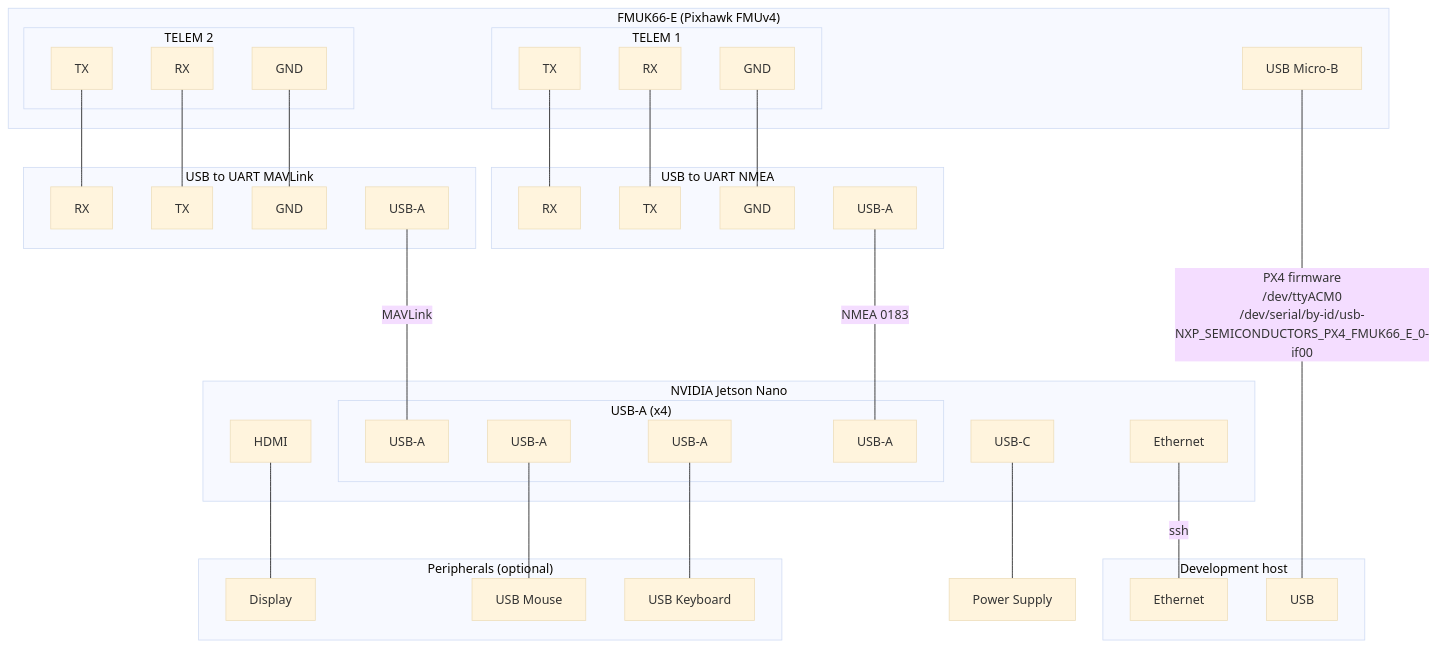
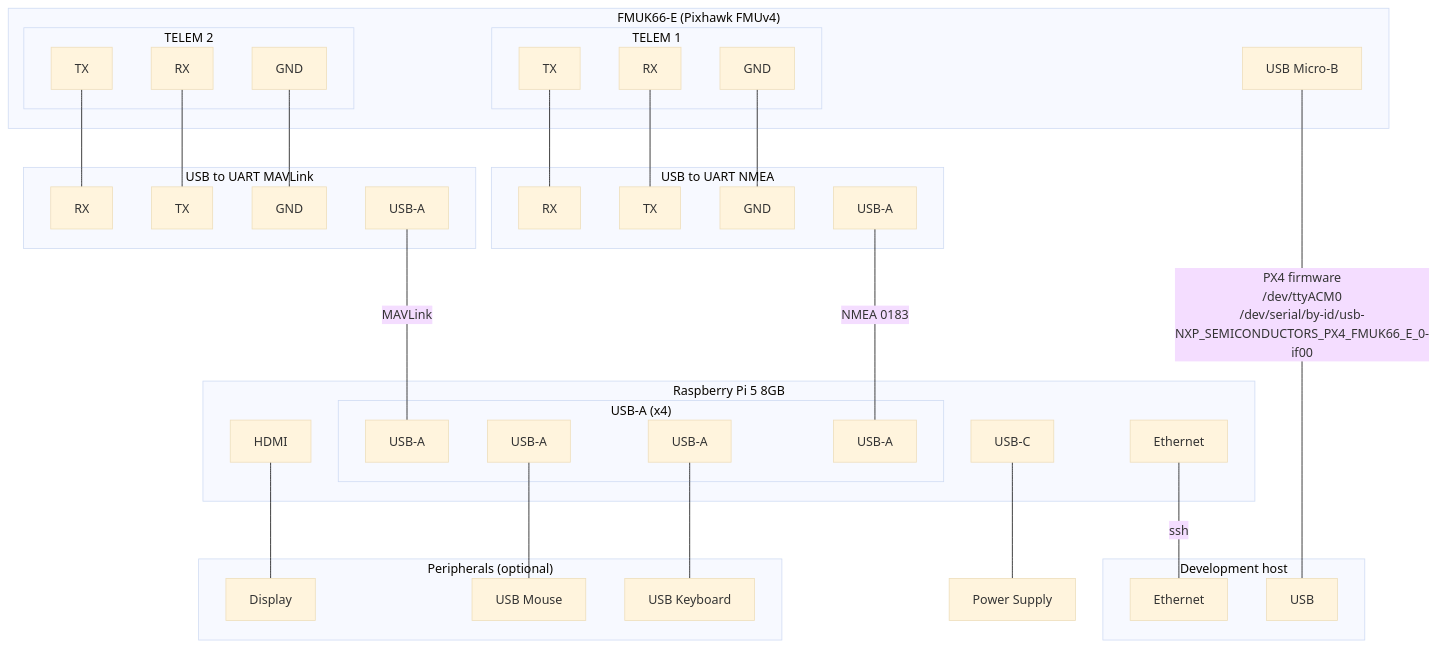
Before and after one commit to hmakelin/gisnav: the diagram in docs/vitepress/docs/hil-pixhawk.md, drawn with Mermaid (base theme). The commit also changed other lines of this file and 3 other files, not shown here.

````diff
--- a/docs/vitepress/docs/hil-pixhawk.md
+++ b/docs/vitepress/docs/hil-pixhawk.md
@@ -38,63 +38,63 @@
 ```mermaid
 graph TB
     subgraph "FMUK66-E (Pixhawk FMUv4)"
         subgraph "TELEM 1"
             FMU_TELEM1_RX[RX]
             FMU_TELEM1_TX[TX]
             FMU_TELEM1_GND[GND]
         end
         subgraph "TELEM 2"
             FMU_TELEM2_RX[RX]
             FMU_TELEM2_TX[TX]
             FMU_TELEM2_GND[GND]
         end
         FMU_USB[USB Micro-B]
     end
     subgraph "Development host"
         Laptop_ETH[Ethernet]
         Laptop_USB[USB]
     end
-    subgraph "NVIDIA Jetson Nano"
+    subgraph "Raspberry Pi 5 8GB"
         subgraph USB["USB-A (x4)"]
             Pi_USB_MAVLink[USB-A]
             Pi_USB_Mouse[USB-A]
             Pi_USB_Keyboard[USB-A]
             Pi_USB_NMEA[USB-A]
         end
         Pi_USB_C["USB-C"]
         Pi_HDMI[HDMI]
         Pi_ETH[Ethernet]
     end
     subgraph "USB to UART NMEA"
         Converter_RX_NMEA[RX]
         Converter_TX_NMEA[TX]
         Converter_GND_NMEA[GND]
         Converter_USB_NMEA[USB-A]
     end
     subgraph "USB to UART MAVLink"
         Converter_RX_MAVLink[RX]
         Converter_TX_MAVLink[TX]
         Converter_GND_MAVLink[GND]
         Converter_USB_MAVLink[USB-A]
     end
     Socket[Power Supply]
     subgraph "Peripherals (optional)"
         Display[Display]
         Mouse[USB Mouse]
         Keyboard[USB Keyboard]
     end
     FMU_TELEM2_TX --- Converter_RX_MAVLink
     FMU_TELEM2_RX --- Converter_TX_MAVLink
     FMU_TELEM2_GND --- Converter_GND_MAVLink
     FMU_TELEM1_TX --- Converter_RX_NMEA
     FMU_TELEM1_RX --- Converter_TX_NMEA
     FMU_TELEM1_GND --- Converter_GND_NMEA
     FMU_USB ---|PX4 firmware\n/dev/ttyACM0\n/dev/serial/by-id/usb-NXP_SEMICONDUCTORS_PX4_FMUK66_E_0-if00| Laptop_USB
     Converter_USB_MAVLink ---|MAVLink| Pi_USB_MAVLink
     Converter_USB_NMEA ---|NMEA 0183| Pi_USB_NMEA
     Pi_USB_C --- Socket
     Pi_HDMI --- Display
     Pi_USB_Mouse --- Mouse
     Pi_USB_Keyboard --- Keyboard
     Pi_ETH ---|ssh| Laptop_ETH
 ```
````
